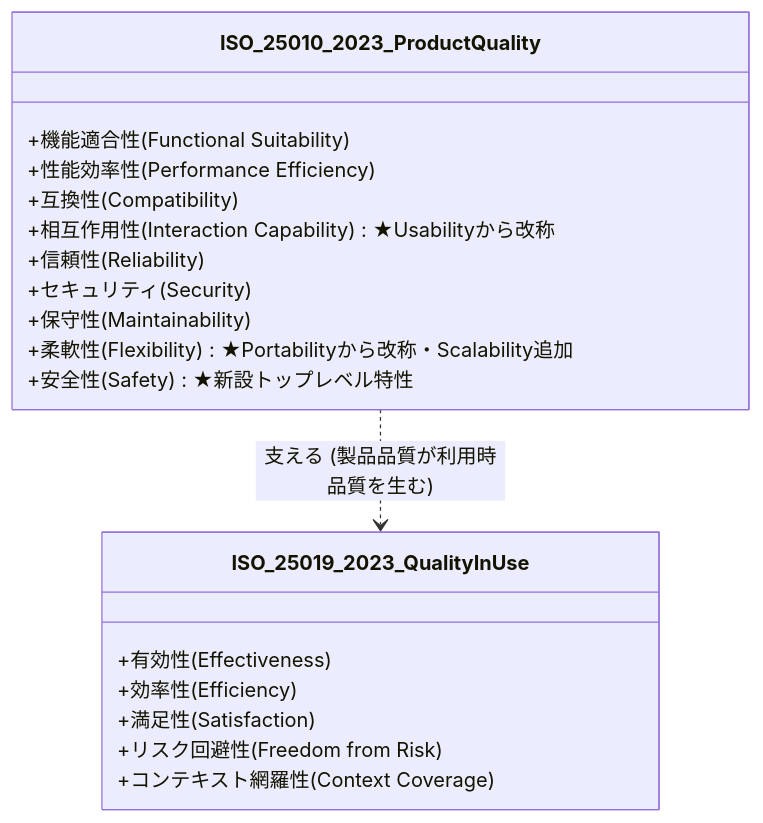
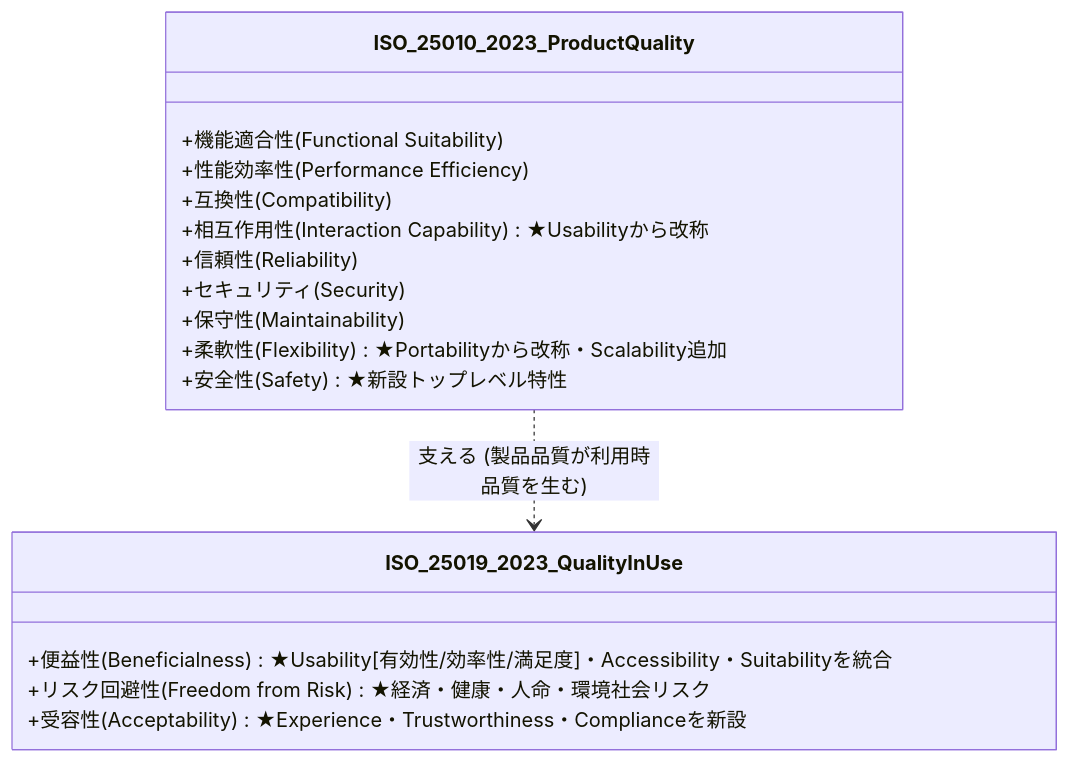
The fourth of 4 diagrams in manuscript/01_chapter1.md (AnaharaYasuo/product-quality-management-book), drawn with Mermaid before and after one commit. The commit also changed other lines of this file and 11 other files, not shown here.

````diff
--- a/manuscript/01_chapter1.md
+++ b/manuscript/01_chapter1.md
@@ -203,24 +208,22 @@
 ```mermaid
 classDiagram
     class ISO_25010_2023_ProductQuality {
         +機能適合性 (Functional Suitability)
         +性能効率性 (Performance Efficiency)
         +互換性 (Compatibility)
         +相互作用性 (Interaction Capability) ★Usabilityから改称
         +信頼性 (Reliability)
         +セキュリティ (Security)
         +保守性 (Maintainability)
         +柔軟性 (Flexibility) ★Portabilityから改称・Scalability追加
         +安全性 (Safety) ★新設トップレベル特性
     }
 
     class ISO_25019_2023_QualityInUse {
-        +有効性 (Effectiveness)
-        +効率性 (Efficiency)
-        +満足性 (Satisfaction)
-        +リスク回避性 (Freedom from Risk)
-        +コンテキスト網羅性 (Context Coverage)
+        +便益性 (Beneficialness) ★Usability[有効性/効率性/満足度]・Accessibility・Suitabilityを統合
+        +リスク回避性 (Freedom from Risk) ★経済・健康・人命・環境社会リスク
+        +受容性 (Acceptability) ★Experience・Trustworthiness・Complianceを新設
     }
 
     ISO_25010_2023_ProductQuality ..> ISO_25019_2023_QualityInUse : 支える (製品品質が利用時品質を生む)
 ```
````
